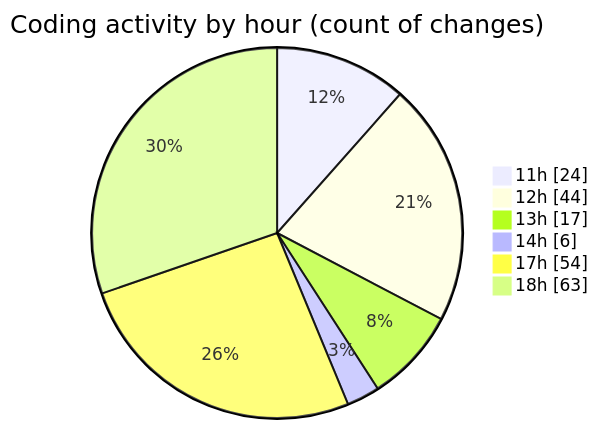
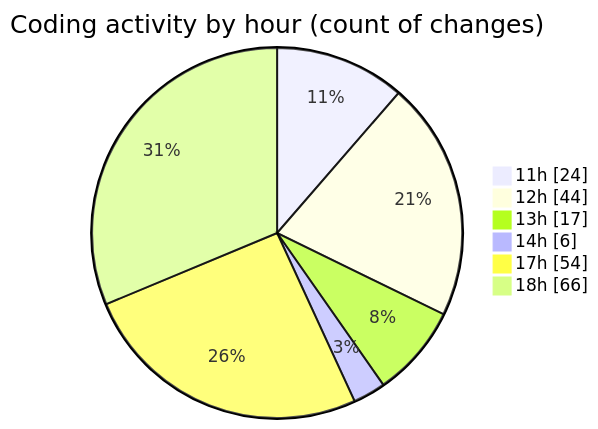
The second of 2 diagrams in 2025-05-10/argos-dev/README.md (nxtqubesakshisongat/code-tracking), drawn with Mermaid before and after one commit. The commit also changed other lines of this file and 1 other file, not shown here.

````diff
--- a/2025-05-10/argos-dev/README.md
+++ b/2025-05-10/argos-dev/README.md
@@ -41,10 +41,10 @@
 ```mermaid
 pie showData
 title Coding activity by hour (count of changes)
 "11h" : 24
 "12h" : 44
 "13h" : 17
 "14h" : 6
 "17h" : 54
-"18h" : 63
+"18h" : 66
 ```
````
